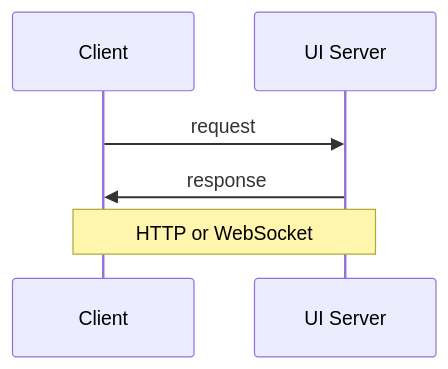
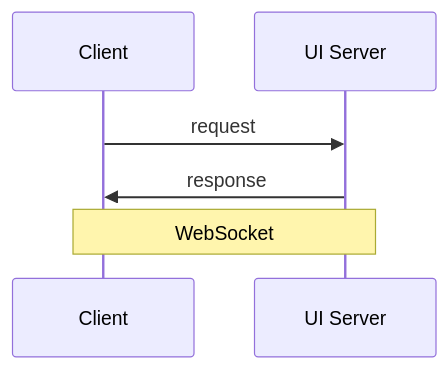
The diagram in README.md (SAP/e-mobility-charging-stations-simulator), drawn with Mermaid before and after one commit. The commit also changed other lines of this file, not shown here.

````diff
--- a/README.md
+++ b/README.md
@@ -641,6 +668,6 @@
 ```mermaid
 sequenceDiagram
 Client->>UI Server: request
 UI Server->>Client: response
-Note over UI Server,Client: HTTP or WebSocket
+Note over UI Server,Client: WebSocket
 ```
````
